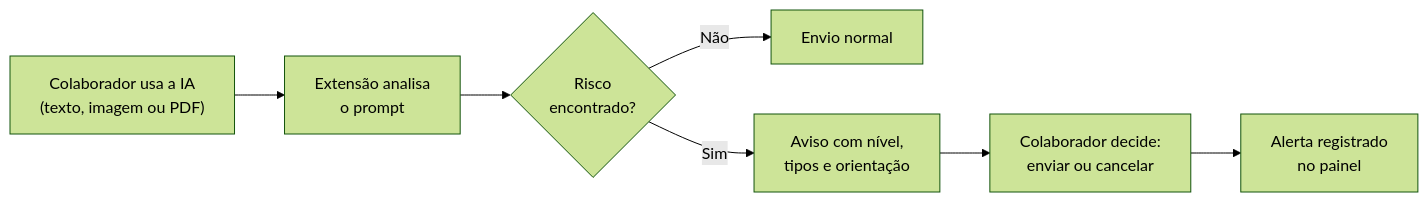
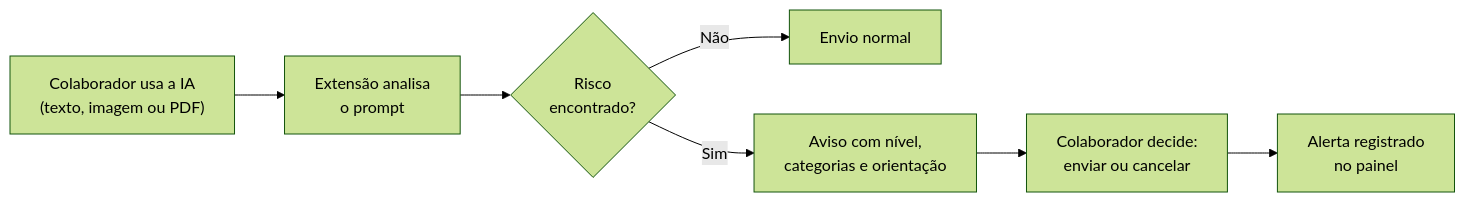
The first of 2 diagrams in README.md (GabrielVCB/Sentinela), drawn with Mermaid (forest theme) before and after one commit. The commit also changed other lines of this file and 26 other files, not shown here.

````diff
--- a/README.md
+++ b/README.md
@@ -65,9 +65,9 @@
 ```mermaid
 flowchart LR
     A["Colaborador usa a IA<br/>(texto, imagem ou PDF)"] --> B["Extensão analisa<br/>o prompt"]
     B --> C{"Risco<br/>encontrado?"}
     C -- Não --> F["Envio normal"]
-    C -- Sim --> D["Aviso com nível,<br/>tipos e orientação"]
+    C -- Sim --> D["Aviso com nível,<br/>categorias e orientação"]
     D --> E["Colaborador decide:<br/>enviar ou cancelar"]
     E --> H["Alerta registrado<br/>no painel"]
 ```
````
